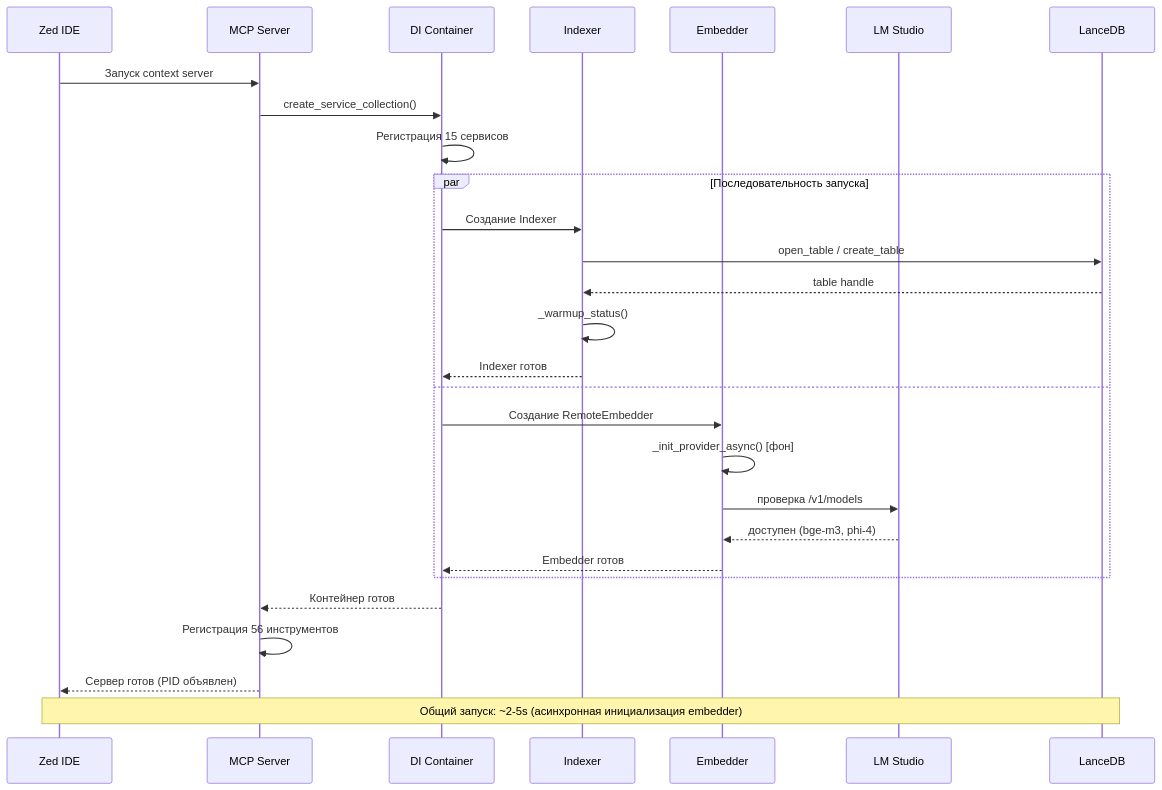
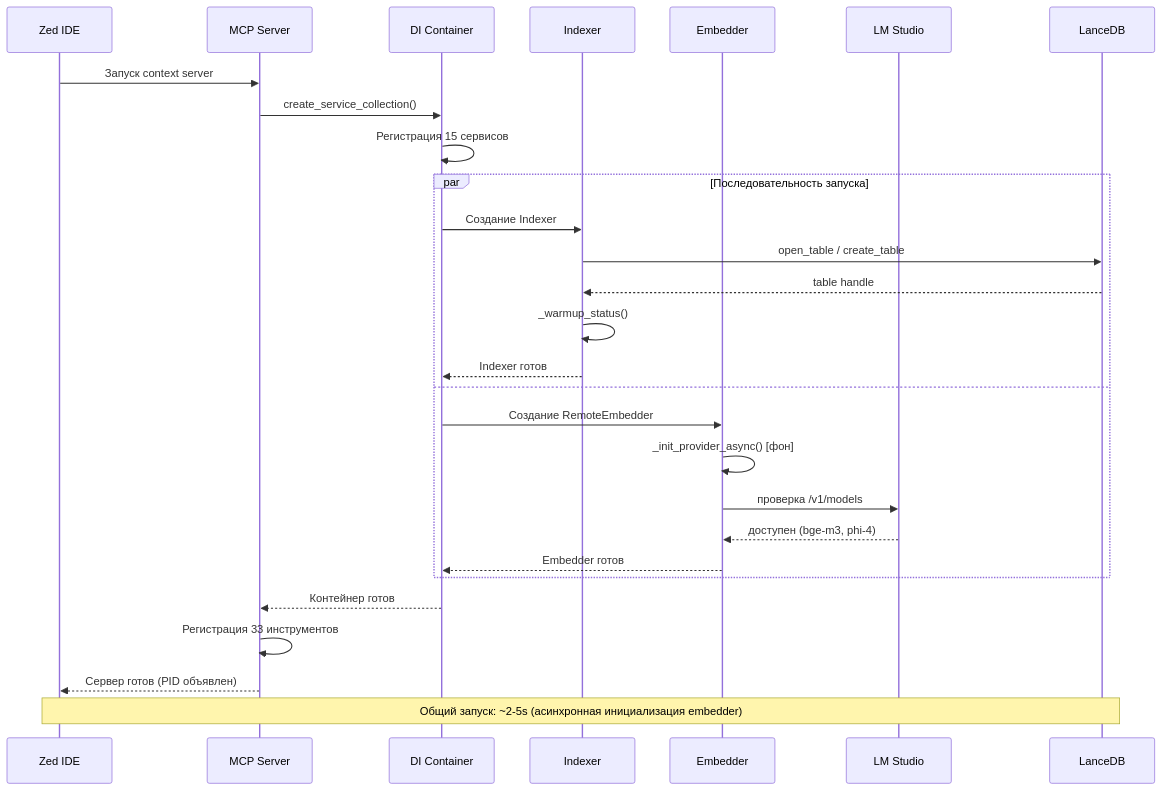
Before and after one commit to ManSio/mscodebase-intelligence: the fifth of 8 diagrams in docs/ru/ARCHITECTURE_DEEP.md, drawn with Mermaid. The commit also changed other lines of this file and 19 other files, not shown here.

````diff
--- a/docs/ru/ARCHITECTURE_DEEP.md
+++ b/docs/ru/ARCHITECTURE_DEEP.md
@@ -168,34 +168,34 @@
 ```mermaid
 sequenceDiagram
     participant Zed as Zed IDE
     participant MCP as MCP Server
     participant DI as DI Container
     participant IX as Indexer
     participant EM as Embedder
     participant LM as LM Studio
     participant DB as LanceDB
 
     Zed->>MCP: Запуск context server
     MCP->>DI: create_service_collection()
     DI->>DI: Регистрация 15 сервисов
     
     par Последовательность запуска
         DI->>IX: Создание Indexer
         IX->>DB: open_table / create_table
         DB-->>IX: table handle
         IX->>IX: _warmup_status()
         IX-->>DI: Indexer готов
     and
         DI->>EM: Создание RemoteEmbedder
         EM->>EM: _init_provider_async() [фон]
         EM->>LM: проверка /v1/models
         LM-->>EM: доступен (bge-m3, phi-4)
         EM-->>DI: Embedder готов
     end
     
     DI-->>MCP: Контейнер готов
-    MCP->>MCP: Регистрация 56 инструментов
+    MCP->>MCP: Регистрация 33 инструментов
     MCP-->>Zed: Сервер готов (PID объявлен)
     
     Note over Zed,DB: Общий запуск: ~2-5s (асинхронная инициализация embedder)
 ```
````
